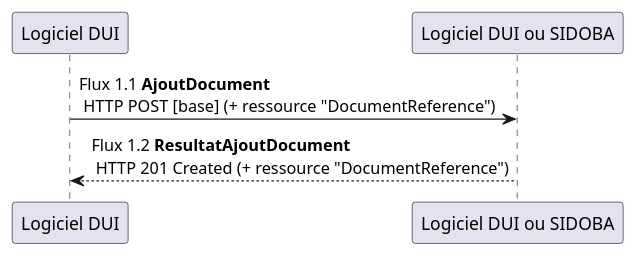
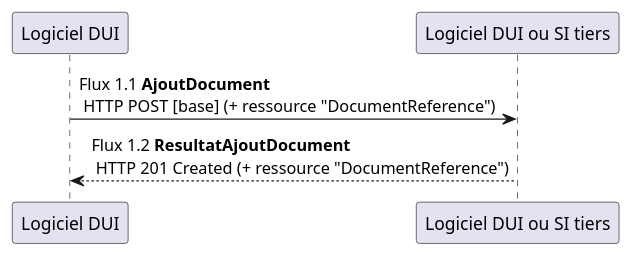
One commit to ansforge/IG-fhir-transfert-donnees-dui-esms changed the diagram in input/images-source/flux1.plantuml. Above: the diagram before and after it, drawn with PlantUML. The commit also changed 5 other files, not shown here.

```diff
--- a/input/images-source/flux1.plantuml
+++ b/input/images-source/flux1.plantuml
@@ -1,6 +1,6 @@
 @startuml
 
-"Logiciel DUI" -> "Logiciel DUI ou SIDOBA" : Flux 1.1 **AjoutDocument** \n HTTP POST [base] (+ ressource "DocumentReference")
-"Logiciel DUI" <-- "Logiciel DUI ou SIDOBA" : Flux 1.2 **ResultatAjoutDocument** \n HTTP 201 Created (+ ressource "DocumentReference")
+"Logiciel DUI" -> "Logiciel DUI ou SI tiers" : Flux 1.1 **AjoutDocument** \n HTTP POST [base] (+ ressource "DocumentReference")
+"Logiciel DUI" <-- "Logiciel DUI ou SI tiers" : Flux 1.2 **ResultatAjoutDocument** \n HTTP 201 Created (+ ressource "DocumentReference")
 
 @enduml
```
